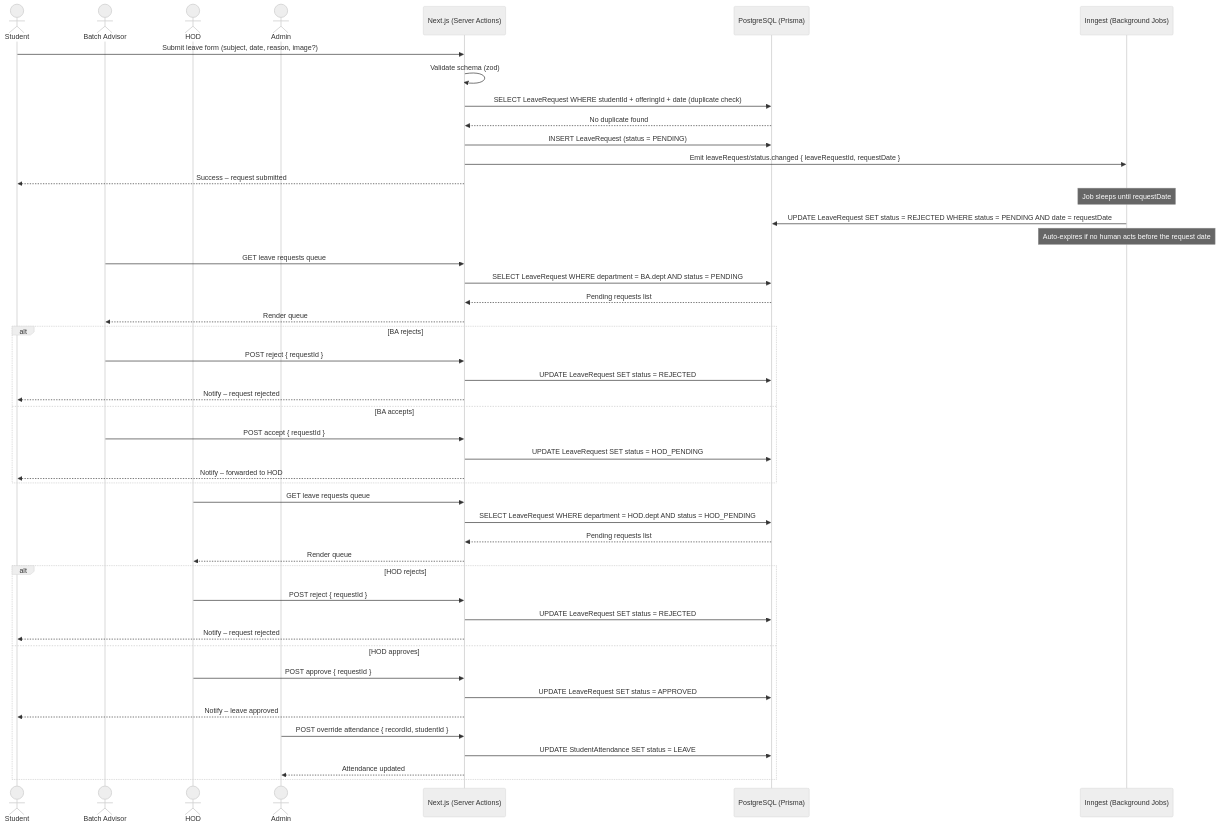
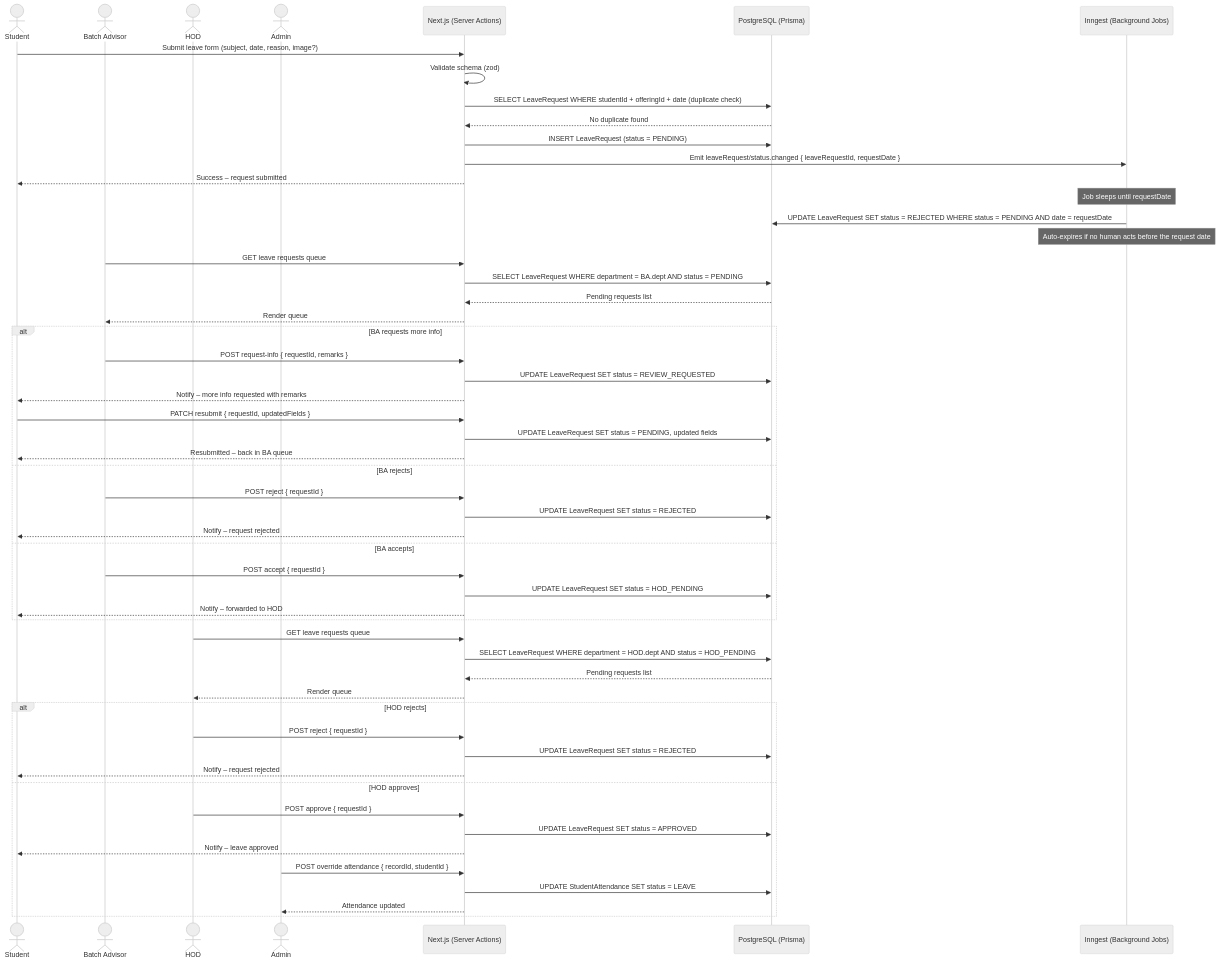
One commit to Ali1raz/portal-cui changed the first of 5 diagrams in docs/05-sequence-diagrams.md. Above: the diagram before and after it, drawn with Mermaid (neutral theme). The commit also changed other lines of this file and 6 other files, not shown here.

Commit message:
docs: enhance leave request and complaint workflows with review requests

````diff
--- a/docs/05-sequence-diagrams.md
+++ b/docs/05-sequence-diagrams.md
@@ -9,55 +9,62 @@
 ```mermaid
 sequenceDiagram
     actor Student
     actor BA as Batch Advisor
     actor HOD
     actor Admin
     participant Portal as Next.js (Server Actions)
     participant DB as PostgreSQL (Prisma)
     participant Inngest as Inngest (Background Jobs)
 
     Student->>Portal: Submit leave form (subject, date, reason, image?)
     Portal->>Portal: Validate schema (zod)
     Portal->>DB: SELECT LeaveRequest WHERE studentId + offeringId + date (duplicate check)
     DB-->>Portal: No duplicate found
     Portal->>DB: INSERT LeaveRequest (status = PENDING)
     Portal->>Inngest: Emit leaveRequest/status.changed { leaveRequestId, requestDate }
     Portal-->>Student: Success – request submitted
 
     Note over Inngest: Job sleeps until requestDate
     Inngest->>DB: UPDATE LeaveRequest SET status = REJECTED WHERE status = PENDING AND date = requestDate
     Note over Inngest: Auto-expires if no human acts before the request date
 
     BA->>Portal: GET leave requests queue
     Portal->>DB: SELECT LeaveRequest WHERE department = BA.dept AND status = PENDING
     DB-->>Portal: Pending requests list
     Portal-->>BA: Render queue
 
-    alt BA rejects
+    alt BA requests more info
+        BA->>Portal: POST request-info { requestId, remarks }
+        Portal->>DB: UPDATE LeaveRequest SET status = REVIEW_REQUESTED
+        Portal-->>Student: Notify – more info requested with remarks
+        Student->>Portal: PATCH resubmit { requestId, updatedFields }
+        Portal->>DB: UPDATE LeaveRequest SET status = PENDING, updated fields
+        Portal-->>Student: Resubmitted – back in BA queue
+    else BA rejects
         BA->>Portal: POST reject { requestId }
         Portal->>DB: UPDATE LeaveRequest SET status = REJECTED
         Portal-->>Student: Notify – request rejected
     else BA accepts
         BA->>Portal: POST accept { requestId }
         Portal->>DB: UPDATE LeaveRequest SET status = HOD_PENDING
         Portal-->>Student: Notify – forwarded to HOD
     end
 
     HOD->>Portal: GET leave requests queue
     Portal->>DB: SELECT LeaveRequest WHERE department = HOD.dept AND status = HOD_PENDING
     DB-->>Portal: Pending requests list
     Portal-->>HOD: Render queue
 
     alt HOD rejects
         HOD->>Portal: POST reject { requestId }
         Portal->>DB: UPDATE LeaveRequest SET status = REJECTED
         Portal-->>Student: Notify – request rejected
     else HOD approves
         HOD->>Portal: POST approve { requestId }
         Portal->>DB: UPDATE LeaveRequest SET status = APPROVED
         Portal-->>Student: Notify – leave approved
         Admin->>Portal: POST override attendance { recordId, studentId }
         Portal->>DB: UPDATE StudentAttendance SET status = LEAVE
         Portal-->>Admin: Attendance updated
     end
 ```
````
